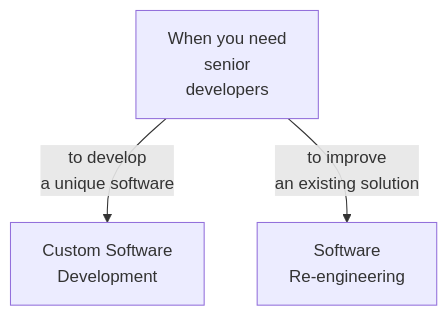
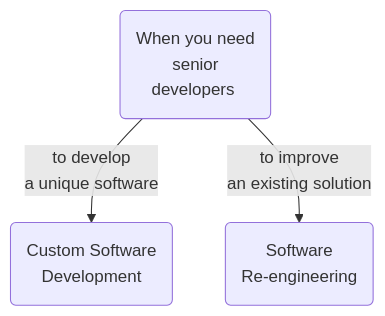
One commit to mouseless/mouseless.codes changed the diagram in services.md. Above: the diagram before and after it, drawn with Mermaid. The commit also changed other lines of this file and 1 other file, not shown here.

Commit message:
separate services diagram from content

````diff
--- a/services.md
+++ b/services.md
@@ -30,9 +30,9 @@
 ```mermaid
 flowchart TD
-    Q[When you need\nsenior\ndevelopers]
-    CSD[Custom Software\nDevelopment]
-    RE[Software\nRe-engineering]
+    Q(When you need\nsenior\ndevelopers&nbsp;)
+    CSD(Custom Software\nDevelopment)
+    RE(Software\nRe-engineering)
 
     Q -->|to develop\na unique software| CSD
     Q -->|to improve\nan existing solution| RE
 ```
````
